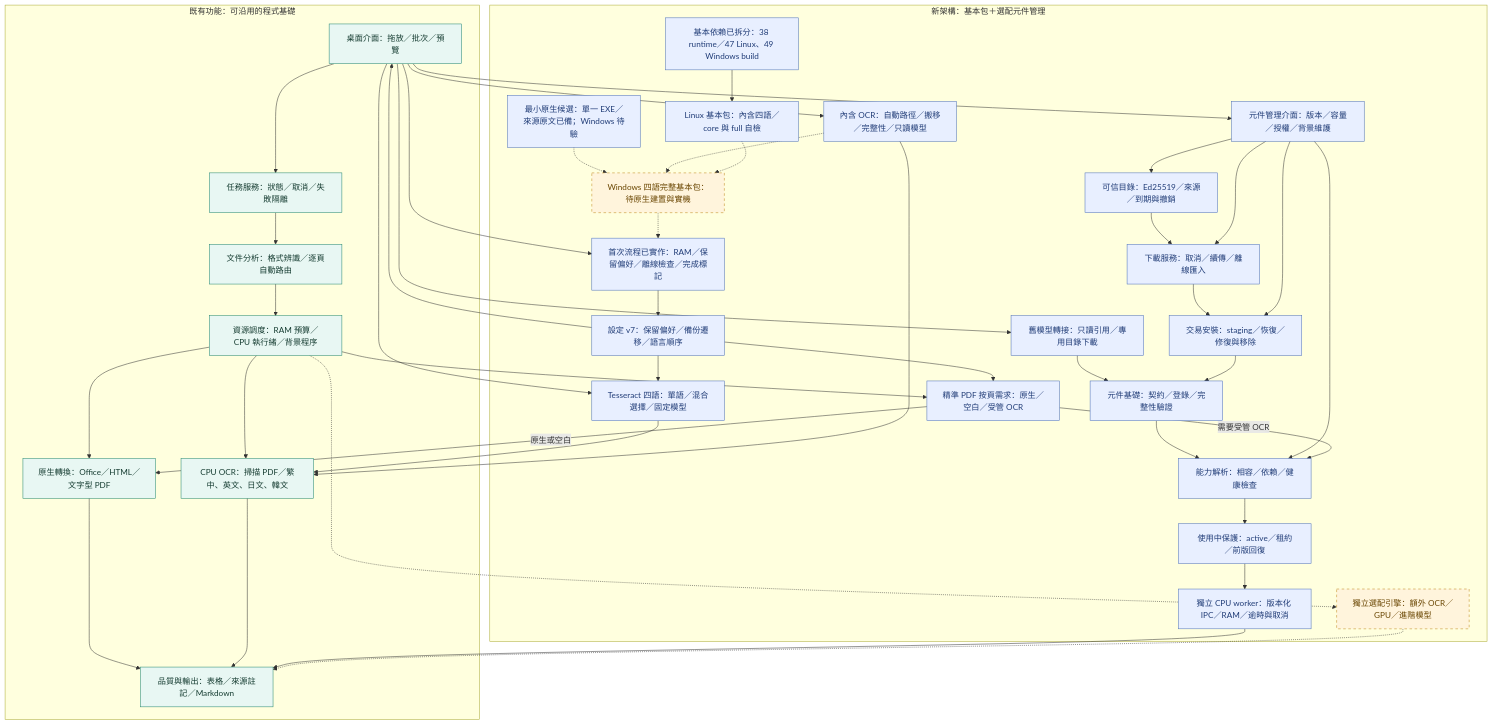
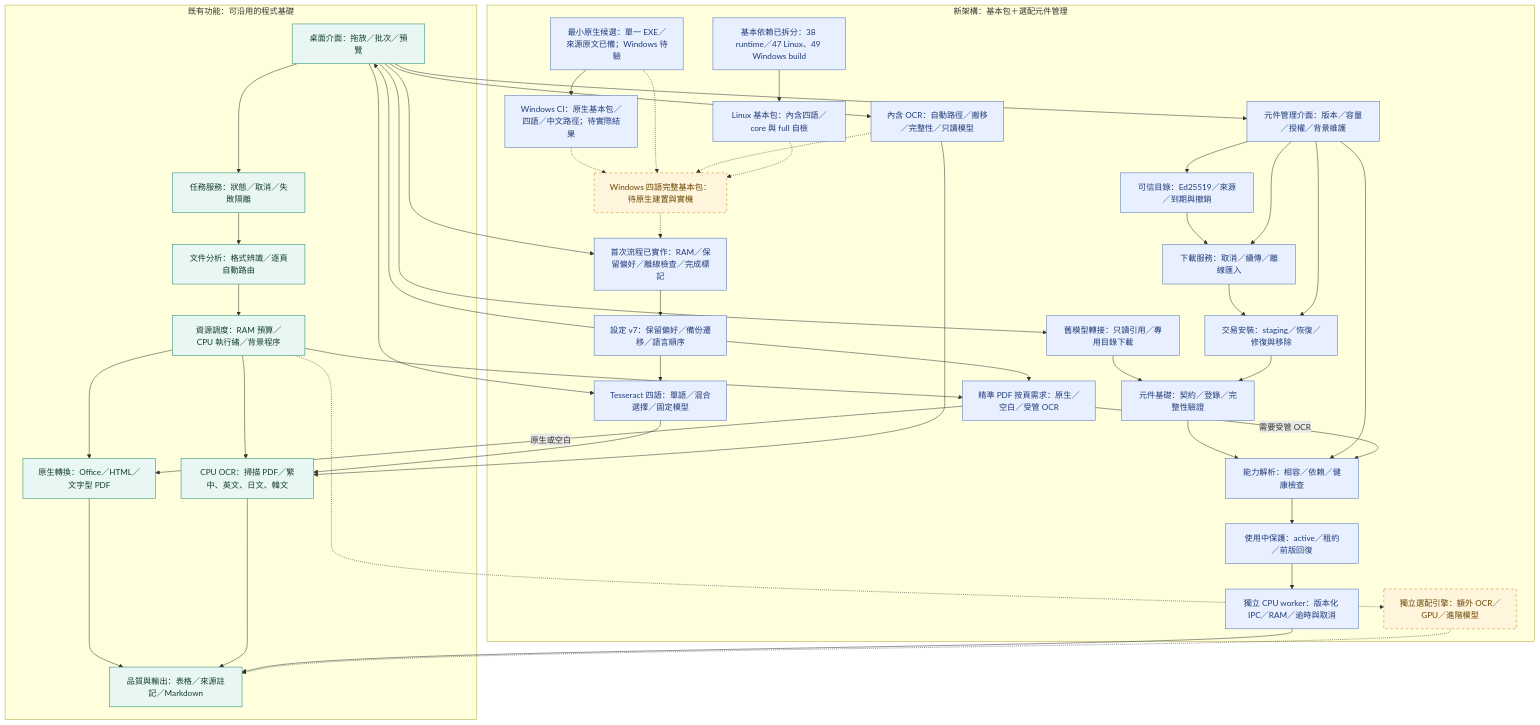
Before and after one commit to ChouTa-chuan/MarkItDown-exe: the diagram in README.md, drawn with Mermaid. The commit also changed other lines of this file and 62 other files, not shown here.

````diff
--- a/README.md
+++ b/README.md
@@ -21,68 +21,71 @@
 ```mermaid
 flowchart TD
     subgraph Existing["既有功能：可沿用的程式基礎"]
         UI["桌面介面：拖放／批次／預覽"] --> APP["任務服務：狀態／取消／失敗隔離"]
         APP --> PLAN["文件分析：格式辨識／逐頁自動路由"]
         PLAN --> RES["資源調度：RAM 預算／CPU 執行緒／背景程序"]
         RES --> NATIVE["原生轉換：Office／HTML／文字型 PDF"]
         RES --> OCR["CPU OCR：掃描 PDF／繁中、英文、日文、韓文"]
         NATIVE --> QUALITY["品質與輸出：表格／來源註記／Markdown"]
         OCR --> QUALITY
     end
     subgraph Planned["新架構：基本包＋選配元件管理"]
         COMPONENTUI["元件管理介面：版本／容量／授權／背景維護"]
         FIRST["Windows 四語完整基本包：待原生建置與實機"]
         PROFILE["基本依賴已拆分：38 runtime／47 Linux、49 Windows build"]
         PROFILEBUILD["Linux 基本包：內含四語／core 與 full 自檢"]
         FIRSTFLOW["首次流程已實作：RAM／保留偏好／離線檢查／完成標記"]
         COMPONENTS["元件基礎：契約／登錄／完整性驗證"]
         CAPABILITY["能力解析：相容／依賴／健康檢查"]
+        WINCI["Windows CI：原生基本包／四語／中文路徑；待實際結果"]
         BUNDLED["內含 OCR：自動路徑／搬移／完整性／只讀模型"]
         MINIMALBUILD["最小原生候選：單一 EXE／來源原文已備；Windows 待驗"]
         LANGUAGES["Tesseract 四語：單語／混合選擇／固定模型"]
         ROUTE["精準 PDF 按頁需求：原生／空白／受管 OCR"]
         CPUWORKER["獨立 CPU worker：版本化 IPC／RAM／逾時與取消"]
         OPTIONAL["獨立選配引擎：額外 OCR／GPU／進階模型"]
         COMPONENTS --> CAPABILITY
         LEGACY["舊模型轉接：只讀引用／專用目錄下載"]
         PREFS["設定 v7：保留偏好／備份遷移／語言順序"]
         LEGACY --> COMPONENTS
         CATALOG["可信目錄：Ed25519／來源／到期與撤銷"] --> DOWNLOAD["下載服務：取消／續傳／離線匯入"]
         DOWNLOAD --> INSTALL["交易安裝：staging／恢復／修復與移除"]
         INSTALL --> COMPONENTS
         CAPABILITY --> LEASE["使用中保護：active／租約／前版回復"]
     end
     UI --> LANGUAGES
     LANGUAGES --> OCR
     PREFS --> LANGUAGES
     UI --> COMPONENTUI
     COMPONENTUI --> INSTALL
     COMPONENTUI --> CATALOG
     COMPONENTUI --> CAPABILITY
     LEASE --> CPUWORKER
     CPUWORKER --> QUALITY
     RES --> ROUTE
     ROUTE -->|需要受管 OCR| CAPABILITY
     ROUTE -->|原生或空白| NATIVE
     COMPONENTUI --> DOWNLOAD
     UI --> LEGACY
     PREFS --> UI
     UI --> FIRSTFLOW
     FIRSTFLOW --> PREFS
     PROFILE --> PROFILEBUILD
+    MINIMALBUILD --> WINCI
+    WINCI -.-> FIRST
     MINIMALBUILD -.-> FIRST
     UI --> BUNDLED
     BUNDLED --> OCR
     BUNDLED -.-> FIRST
     PROFILEBUILD -.-> FIRST
     FIRST -.-> FIRSTFLOW
     PREFS --> ROUTE
     RES -.-> OPTIONAL
     OPTIONAL -.-> QUALITY
     classDef existing fill:#e8f7f3,stroke:#21856d,color:#153c31;
     classDef foundation fill:#e8efff,stroke:#4c6fb8,color:#203c77;
-    class COMPONENTS,CAPABILITY,LEGACY,PREFS,CATALOG,DOWNLOAD,INSTALL,LEASE,CPUWORKER,COMPONENTUI,FIRSTFLOW,ROUTE,PROFILE,PROFILEBUILD,LANGUAGES,BUNDLED,MINIMALBUILD foundation;
+    class COMPONENTS,CAPABILITY,LEGACY,PREFS,CATALOG,DOWNLOAD,INSTALL,LEASE,CPUWORKER,COMPONENTUI,FIRSTFLOW,ROUTE,PROFILE,PROFILEBUILD,LANGUAGES,BUNDLED,MINIMALBUILD,WINCI foundation;
     classDef planned fill:#fff4dc,stroke:#be8519,color:#694500,stroke-dasharray:5 5;
     class UI,APP,PLAN,RES,NATIVE,OCR,QUALITY existing;
     class FIRST,OPTIONAL planned;
 ```
````
